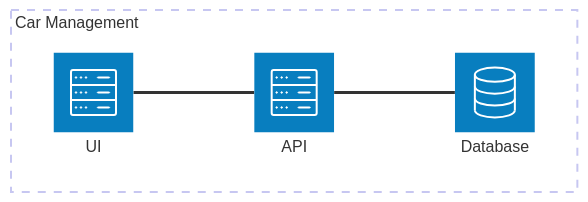
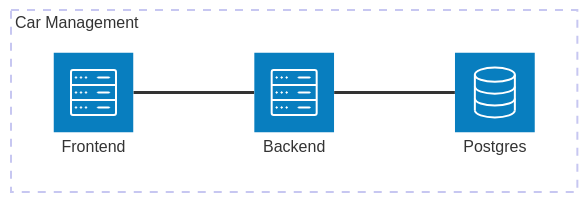
One commit to patborges/ctw-np-carmanagement changed the diagram in README.md. Above: the diagram before and after it, drawn with Mermaid.

````diff
--- a/README.md
+++ b/README.md
@@ -27,11 +27,11 @@
 ```mermaid
 architecture-beta
   group app[Car Management]
 
-    service db(database)[Database] in app
-    service api(server)[API] in app
-    service ui(server)[UI] in app
+    service db(database)[Postgres] in app
+    service api(server)[Backend] in app
+    service ui(server)[Frontend] in app
 
     ui:R -- L:api
     api:R -- L:db
 ```
````
